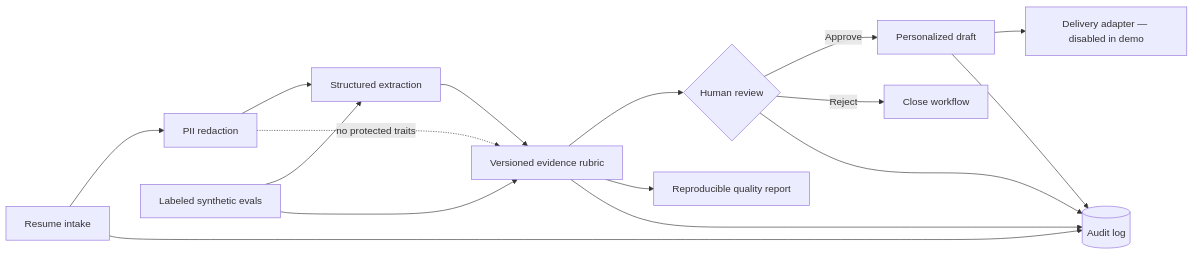
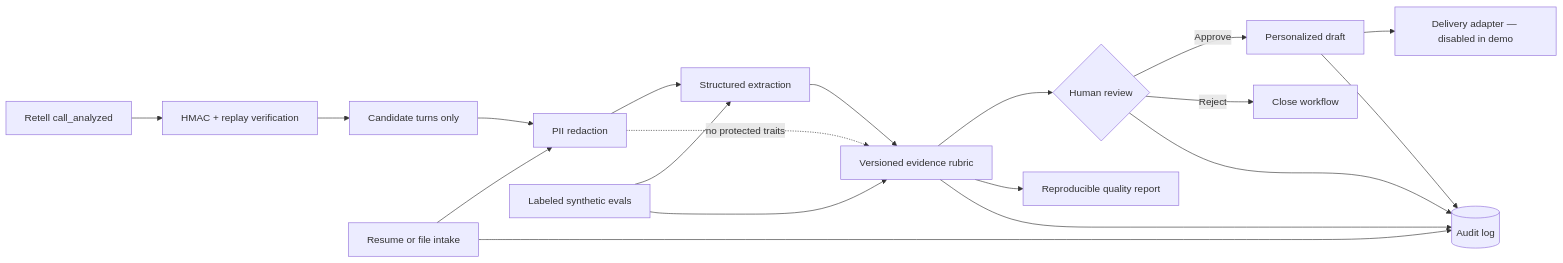
The diagram in README.md (DEWARAJ/founderops-ai), drawn with Mermaid before and after one commit. The commit also changed other lines of this file and 17 other files, not shown here.

Commit message:
feat: add secure Retell voice intake

````diff
--- a/README.md
+++ b/README.md
@@ -44,18 +53,21 @@
 ```mermaid
 flowchart LR
-    A[Resume intake] --> B[PII redaction]
+    V[Retell call_analyzed] --> W[HMAC + replay verification]
+    W --> U[Candidate turns only]
+    U --> B[PII redaction]
+    A[Resume or file intake] --> B
     B --> C[Structured extraction]
     C --> D[Versioned evidence rubric]
     D --> E{Human review}
     E -->|Approve| F[Personalized draft]
     E -->|Reject| G[Close workflow]
     F --> H[Delivery adapter — disabled in demo]
     J[Labeled synthetic evals] --> C
     J --> D
     D --> K[Reproducible quality report]
     B -. no protected traits .-> D
     A --> I[(Audit log)]
     D --> I
     E --> I
     F --> I
 ```
````
